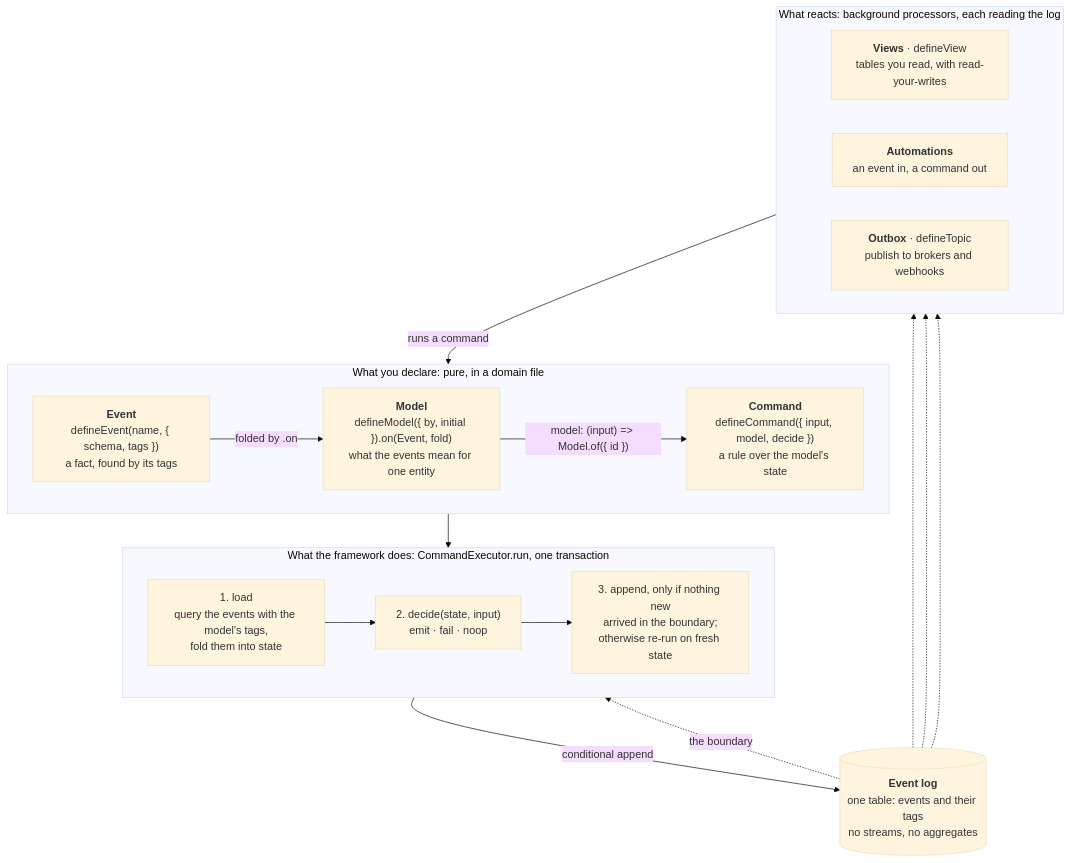
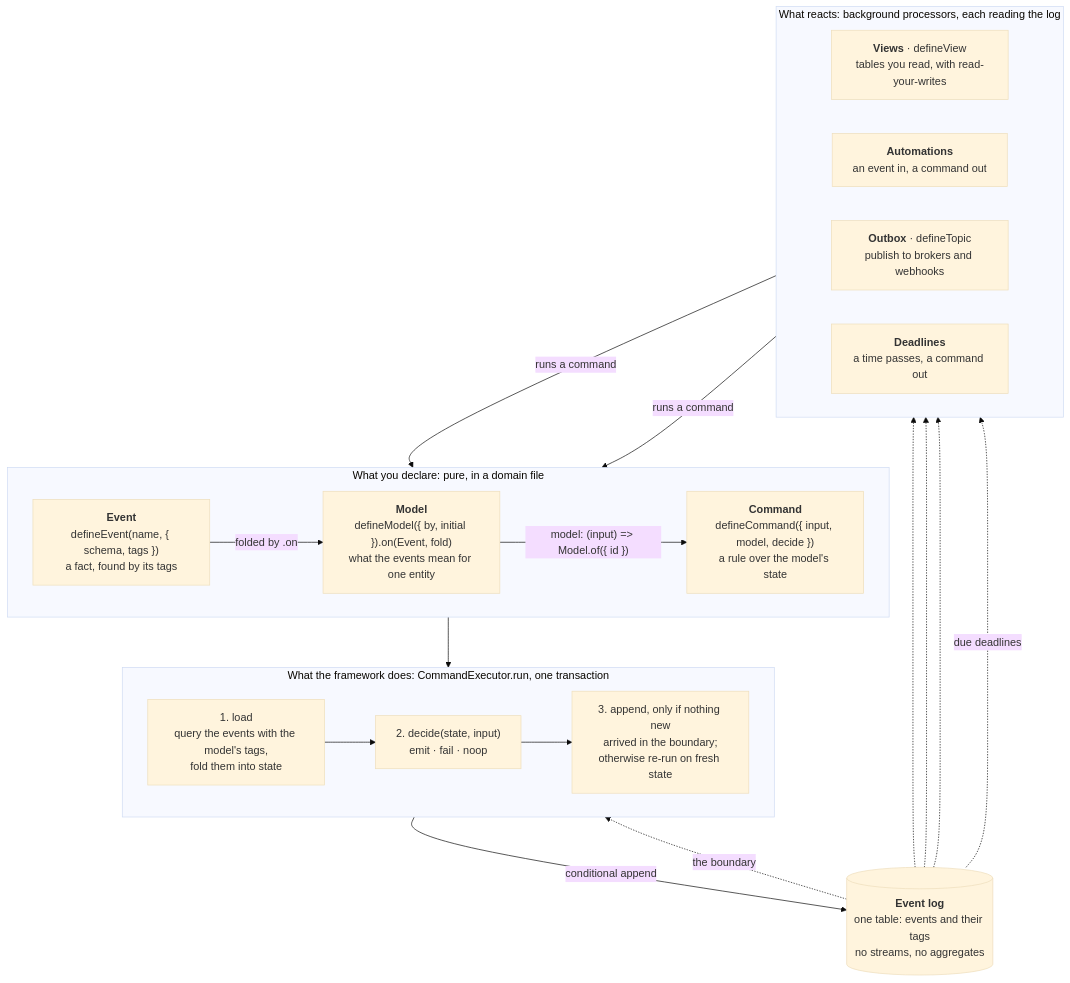
The first of 2 diagrams in README.md (rodolfodpk/ts-effect-crablet), drawn with Mermaid (base theme) before and after one commit. The commit also changed other lines of this file and 8 other files, not shown here.

First line of the commit message:
Deadlines in the docs' diagrams, four modules, and the dcb.events examples from the README (#49)

````diff
--- a/README.md
+++ b/README.md
@@ -26,36 +27,39 @@
 ```mermaid
 flowchart TB
   subgraph you["What you declare: pure, in a domain file"]
     direction LR
     ev["<b>Event</b><br/>defineEvent(name, { schema, tags })<br/>a fact, found by its tags"]
     mo["<b>Model</b><br/>defineModel({ by, initial }).on(Event, fold)<br/>what the events mean for one entity"]
     co["<b>Command</b><br/>defineCommand({ input, model, decide })<br/>a rule over the model's state"]
     ev -- "folded by .on" --> mo
     mo -- "model: (input) => Model.of({ id })" --> co
   end
 
   subgraph fw["What the framework does: CommandExecutor.run, one transaction"]
     direction LR
     load["1. load<br/>query the events with the model's tags,<br/>fold them into state"]
     dec["2. decide(state, input)<br/>emit · fail · noop"]
     app["3. append, only if nothing new<br/>arrived in the boundary;<br/>otherwise re-run on fresh state"]
     load --> dec --> app
   end
 
   log[("<b>Event log</b><br/>one table: events and their tags<br/>no streams, no aggregates")]
 
   subgraph react["What reacts: background processors, each reading the log"]
     direction LR
     vw["<b>Views</b> · defineView<br/>tables you read, with read-your-writes"]
     au["<b>Automations</b><br/>an event in, a command out"]
     ob["<b>Outbox</b> · defineTopic<br/>publish to brokers and webhooks"]
+    dl["<b>Deadlines</b><br/>a time passes, a command out"]
   end
 
   co --> load
   log -. "the boundary" .-> load
   app -- "conditional append" --> log
   log -.-> vw
   log -.-> au
   log -.-> ob
+  log -. "due deadlines" .-> dl
   au -- "runs a command" --> co
+  dl -- "runs a command" --> co
 ```
````
